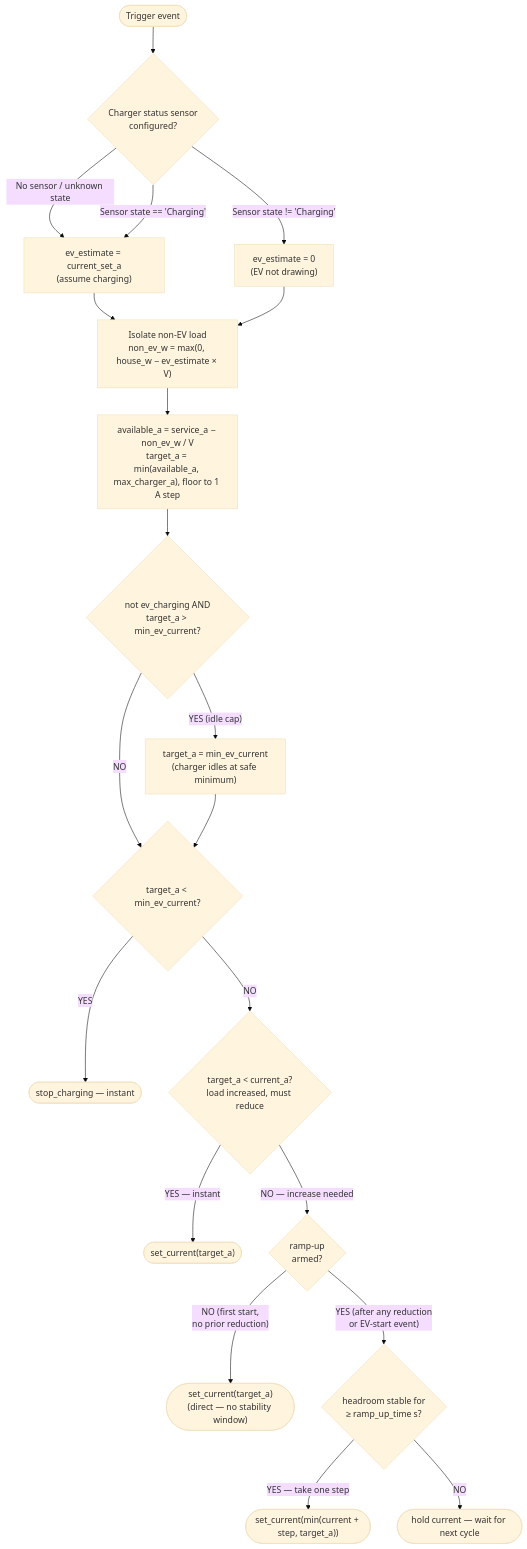
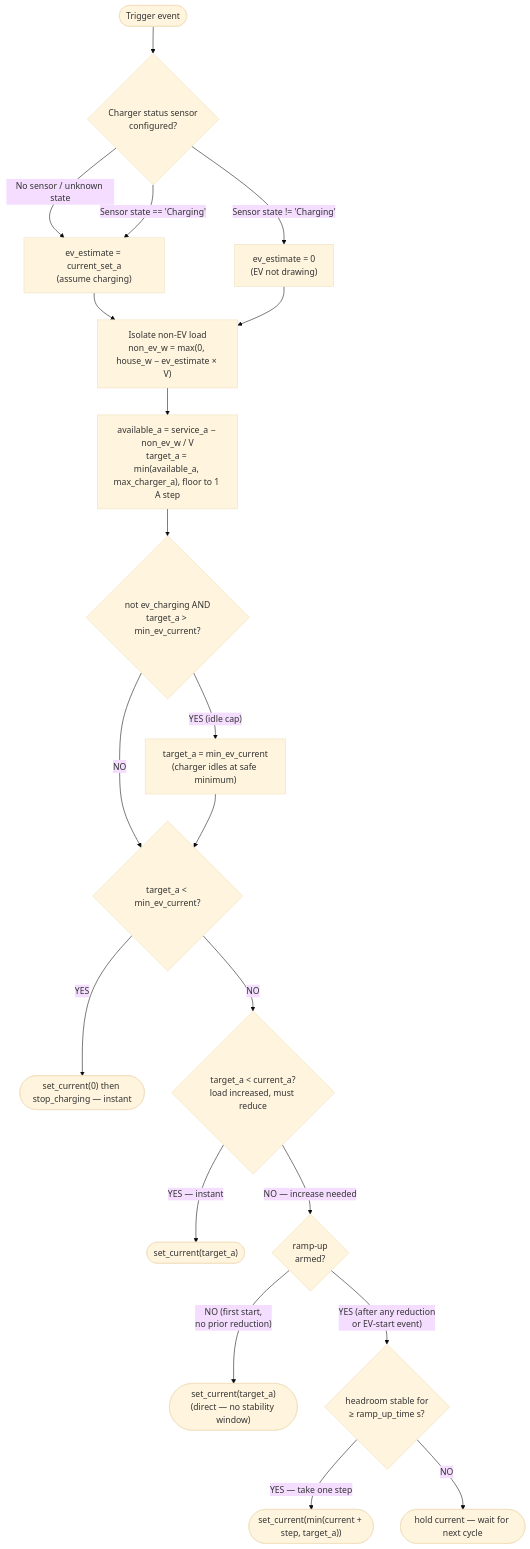
One commit to alexisml/Watt-O-Balancer changed the first of 7 diagrams in docs/documentation/03-how-it-works.md. Above: the diagram before and after it, drawn with Mermaid (base theme). The commit also changed other lines of this file and 4 other files, not shown here.

Commit message:
fix: stop sequence calls set_current(0) before stop_charging; fix broken mermaid diagrams (#141)

````diff
--- a/docs/documentation/03-how-it-works.md
+++ b/docs/documentation/03-how-it-works.md
@@ -247,23 +247,23 @@
 ```mermaid
 flowchart TD
     A([Trigger event])
     A --> Z{"Charger status sensor<br/>configured?"}
     Z -- "No sensor / unknown state" --> ZA["ev_estimate = current_set_a<br/>(assume charging)"]
     Z -- "Sensor state == 'Charging'" --> ZA
     Z -- "Sensor state != 'Charging'" --> ZB["ev_estimate = 0<br/>(EV not drawing)"]
     ZA --> B["Isolate non-EV load<br/>non_ev_w = max(0, house_w − ev_estimate × V)"]
     ZB --> B
     B --> C["available_a = service_a − non_ev_w / V<br/>target_a = min(available_a, max_charger_a), floor to 1 A step"]
     C --> CZ{"not ev_charging AND<br/>target_a > min_ev_current?"}
     CZ -- "YES (idle cap)" --> CZA["target_a = min_ev_current<br/>(charger idles at safe minimum)"]
     CZ -- "NO" --> D
     CZA --> D{"target_a < min_ev_current?"}
-    D -- YES --> E(["stop_charging — instant"])
+    D -- YES --> E(["set_current(0) then stop_charging — instant"])
     D -- NO --> F{"target_a < current_a?<br/>load increased, must reduce"}
     F -- "YES — instant" --> G(["set_current(target_a)"])
     F -- "NO — increase needed" --> RA{"ramp-up<br/>armed?"}
     RA -- "NO (first start,<br/>no prior reduction)" --> K(["set_current(target_a)<br/>(direct — no stability window)"])
     RA -- "YES (after any reduction<br/>or EV-start event)" --> H{"headroom stable for<br/>≥ ramp_up_time s?"}
     H -- "YES — take one step" --> I(["set_current(min(current + step, target_a))"])
     H -- "NO" --> J(["hold current — wait for next cycle"])
 ```
````
